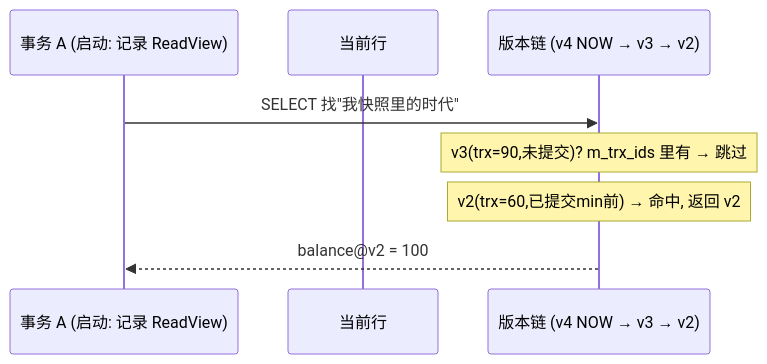
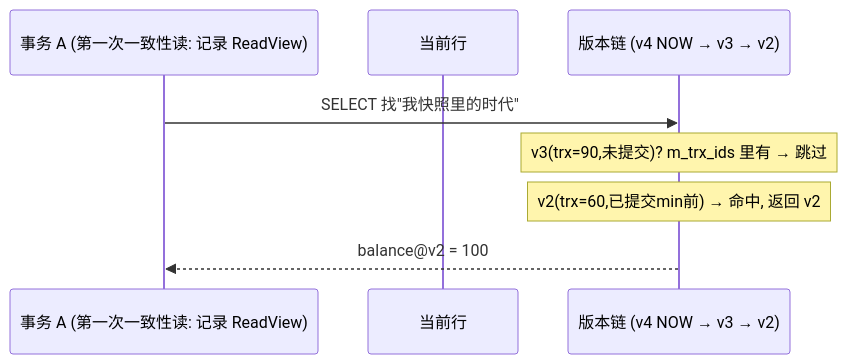
The second of 2 diagrams in content/posts/mvcc-isolation-snapshot.md (MoreConsequence/MoreConsequence.github.io), drawn with Mermaid before and after one commit. The commit also changed other lines of this file and 263 other files, not shown here.

````diff
--- a/content/posts/mvcc-isolation-snapshot.md
+++ b/content/posts/mvcc-isolation-snapshot.md
@@ -47,10 +47,10 @@
 ```mermaid
 sequenceDiagram
-    participant TX as 事务 A (启动: 记录 ReadView)
+    participant TX as 事务 A (第一次一致性读: 记录 ReadView)
     participant C as 当前行
     participant V as 版本链 (v4 NOW → v3 → v2)
     TX->>V: SELECT 找"我快照里的时代"
     Note over V: v3(trx=90,未提交)? m_trx_ids 里有 → 跳过
     Note over V: v2(trx=60,已提交min前) → 命中, 返回 v2
     V-->>TX: balance@v2 = 100
 ```
````
